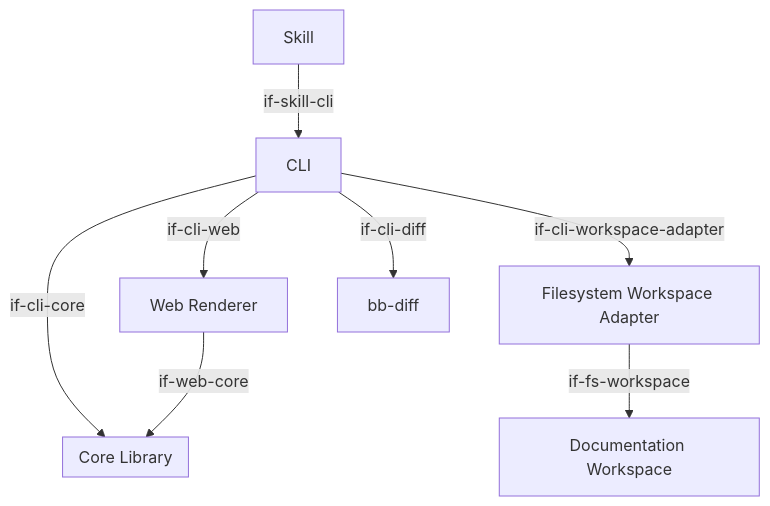
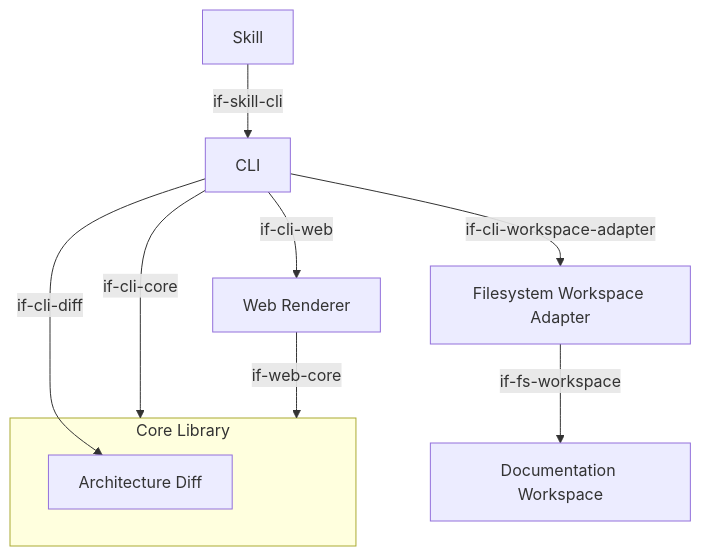
One commit to docToolchain/arc42-language changed the first of 2 diagrams in docs/arc42/05-building-blocks.arc42.md. Above: the diagram before and after it, drawn with Mermaid. The commit also changed 1 other file, not shown here.

Commit message:
docs: declare diff containment in building blocks diagram
## Intent

Make the top-level building-block diagram express that Architecture Diff belongs to the Core Library, eliminating the H019 containment hint.

## Key decisions

- Keep the CLI-to-diff interface visible while nesting the diff block inside the core subgraph.

## Side effects

- Recorded the diagram correction in the refactoring development plan.

````diff
--- a/docs/arc42/05-building-blocks.arc42.md
+++ b/docs/arc42/05-building-blocks.arc42.md
@@ -12,18 +12,19 @@
 ```mermaid
 graph TD
     bb-cli["CLI"]
     subgraph bb-core["Core Library"]
+        bb-diff["Architecture Diff"]
     end
     bb-workspace-fs["Filesystem Workspace Adapter"]
     bb-skill["Skill"]
     bb-web-renderer["Web Renderer"]
     bb-workspace["Documentation Workspace"]
 
     bb-cli -->|"if-cli-core"| bb-core
     bb-cli -->|"if-cli-diff"| bb-diff
     bb-cli -->|"if-cli-workspace-adapter"| bb-workspace-fs
     bb-workspace-fs -->|"if-fs-workspace"| bb-workspace
     bb-cli -->|"if-cli-web"| bb-web-renderer
     bb-web-renderer -->|"if-web-core"| bb-core
     bb-skill -->|"if-skill-cli"| bb-cli
 ```
````
